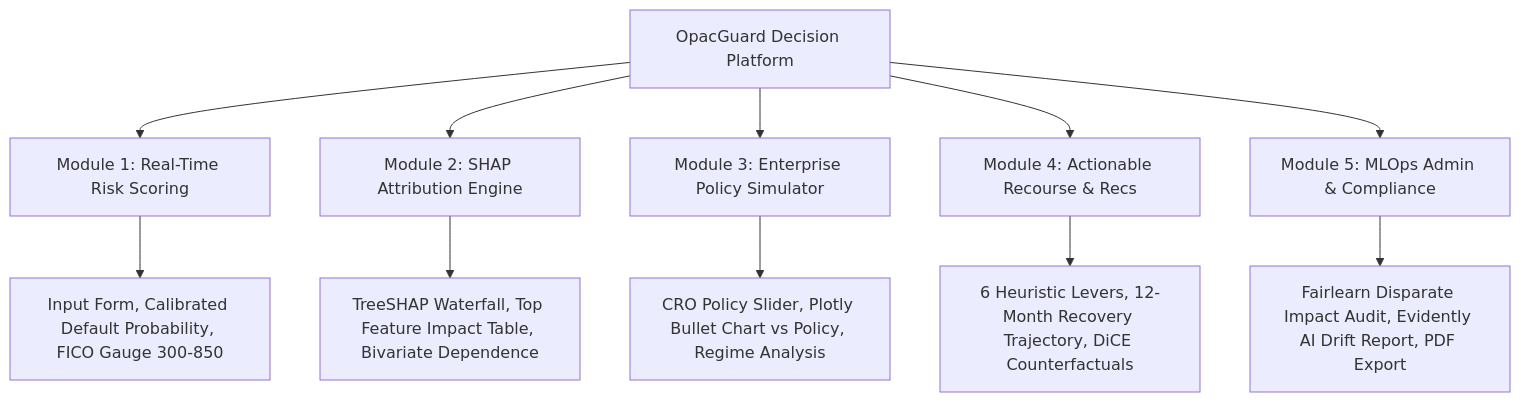
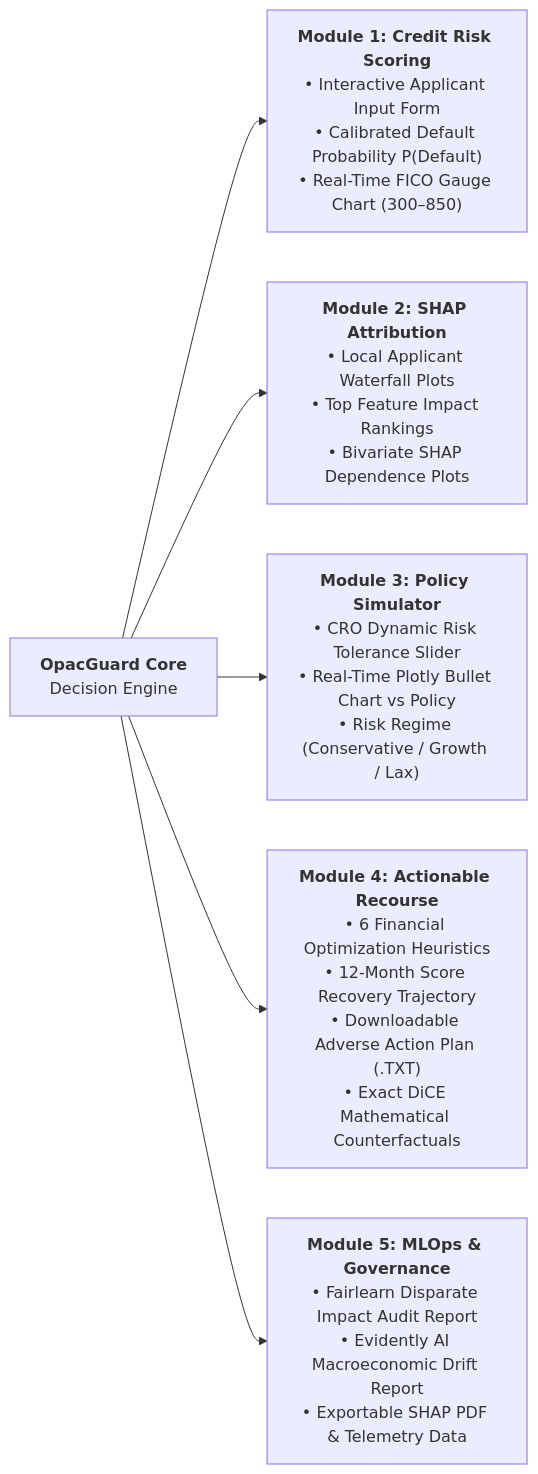
Before and after one commit to codemidas04/Opac_new: the second of 2 diagrams in README.md, drawn with Mermaid. The commit also changed other lines of this file, not shown here.

Commit message:
docs: optimize Mermaid diagram layout to prevent text clipping

````diff
--- a/README.md
+++ b/README.md
@@ -218,14 +231,8 @@
 ```mermaid
-flowchart TD
-    App[OpacGuard Decision Platform] --> Tab1[Module 1: Real-Time Risk Scoring]
-    App --> Tab2[Module 2: SHAP Attribution Engine]
-    App --> Tab3[Module 3: Enterprise Policy Simulator]
-    App --> Tab4[Module 4: Actionable Recourse & Recs]
-    App --> Tab5[Module 5: MLOps Admin & Compliance]
-
-    Tab1 --> M1[Input Form, Calibrated Default Probability, FICO Gauge 300-850]
-    Tab2 --> M2[TreeSHAP Waterfall, Top Feature Impact Table, Bivariate Dependence]
-    Tab3 --> M3[CRO Policy Slider, Plotly Bullet Chart vs Policy, Regime Analysis]
-    Tab4 --> M4[6 Heuristic Levers, 12-Month Recovery Trajectory, DiCE Counterfactuals]
-    Tab5 --> M5[Fairlearn Disparate Impact Audit, Evidently AI Drift Report, PDF Export]
+flowchart LR
+    App["<b>OpacGuard Core</b><br/>Decision Engine"] --> M1["<b>Module 1: Credit Risk Scoring</b><br/>• Interactive Applicant Input Form<br/>• Calibrated Default Probability P(Default)<br/>• Real-Time FICO Gauge Chart (300–850)"]
+    App --> M2["<b>Module 2: SHAP Attribution</b><br/>• Local Applicant Waterfall Plots<br/>• Top Feature Impact Rankings<br/>• Bivariate SHAP Dependence Plots"]
+    App --> M3["<b>Module 3: Policy Simulator</b><br/>• CRO Dynamic Risk Tolerance Slider<br/>• Real-Time Plotly Bullet Chart vs Policy<br/>• Risk Regime (Conservative / Growth / Lax)"]
+    App --> M4["<b>Module 4: Actionable Recourse</b><br/>• 6 Financial Optimization Heuristics<br/>• 12-Month Score Recovery Trajectory<br/>• Downloadable Adverse Action Plan (.TXT)<br/>• Exact DiCE Mathematical Counterfactuals"]
+    App --> M5["<b>Module 5: MLOps & Governance</b><br/>• Fairlearn Disparate Impact Audit Report<br/>• Evidently AI Macroeconomic Drift Report<br/>• Exportable SHAP PDF & Telemetry Data"]
 ```
````
